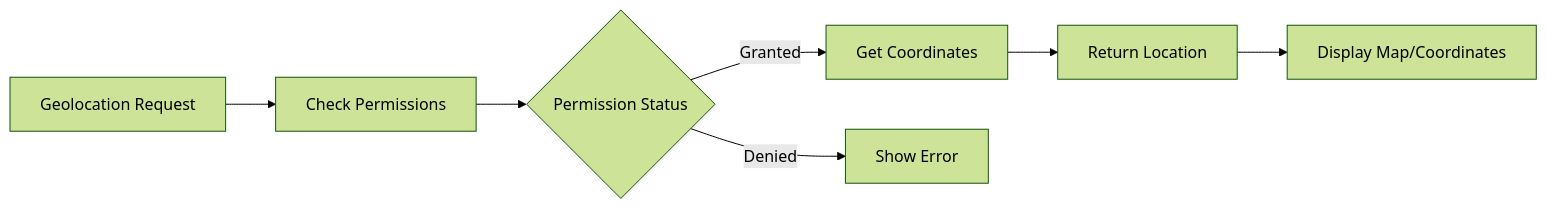
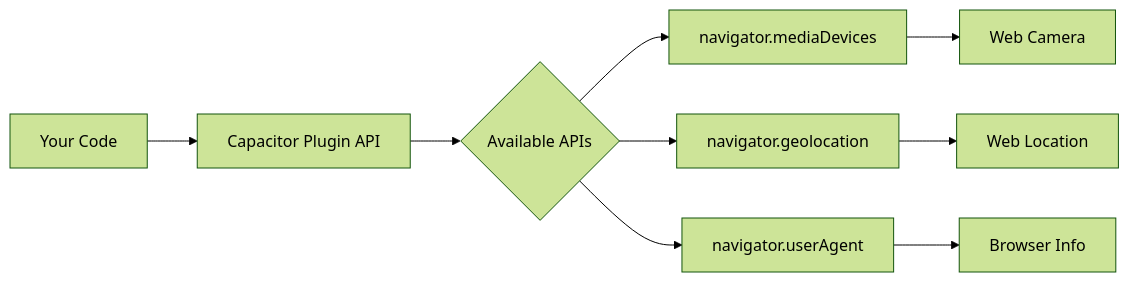
One commit to DanielCreggOrganization/w9-lab-capacitor-sophieboyle1 changed the second of 5 diagrams in README.md. Above: the diagram before and after it, drawn with Mermaid (forest theme). The commit also changed other lines of this file, not shown here.

````diff
--- a/README.md
+++ b/README.md
@@ -177,9 +53,11 @@
 ```mermaid
 graph LR
-    A[Geolocation Request] --> B[Check Permissions]
-    B --> C{Permission Status}
-    C -->|Granted| D[Get Coordinates]
-    C -->|Denied| E[Show Error]
-    D --> F[Return Location]
-    F --> G[Display Map/Coordinates]
+    A[Your Code] --> B[Capacitor Plugin API]
+    B --> C{Available APIs}
+    C --> D[navigator.mediaDevices]
+    C --> E[navigator.geolocation]
+    C --> F[navigator.userAgent]
+    D --> G[Web Camera]
+    E --> H[Web Location]
+    F --> I[Browser Info]
 ```
````
